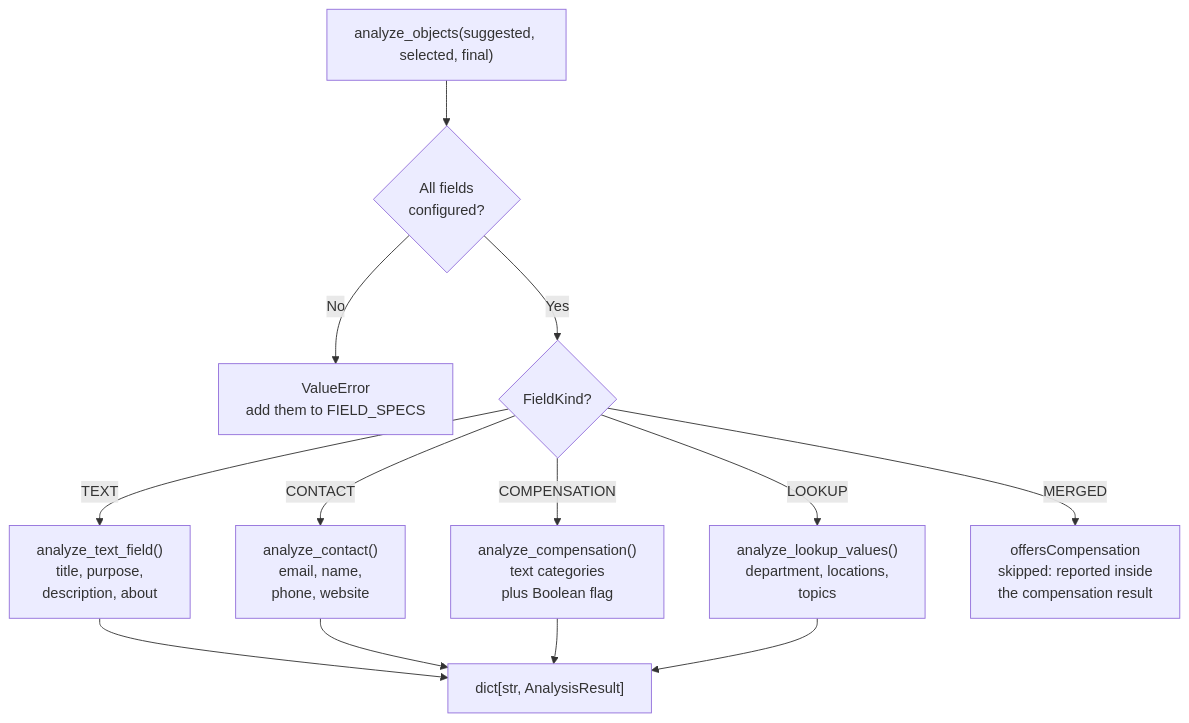
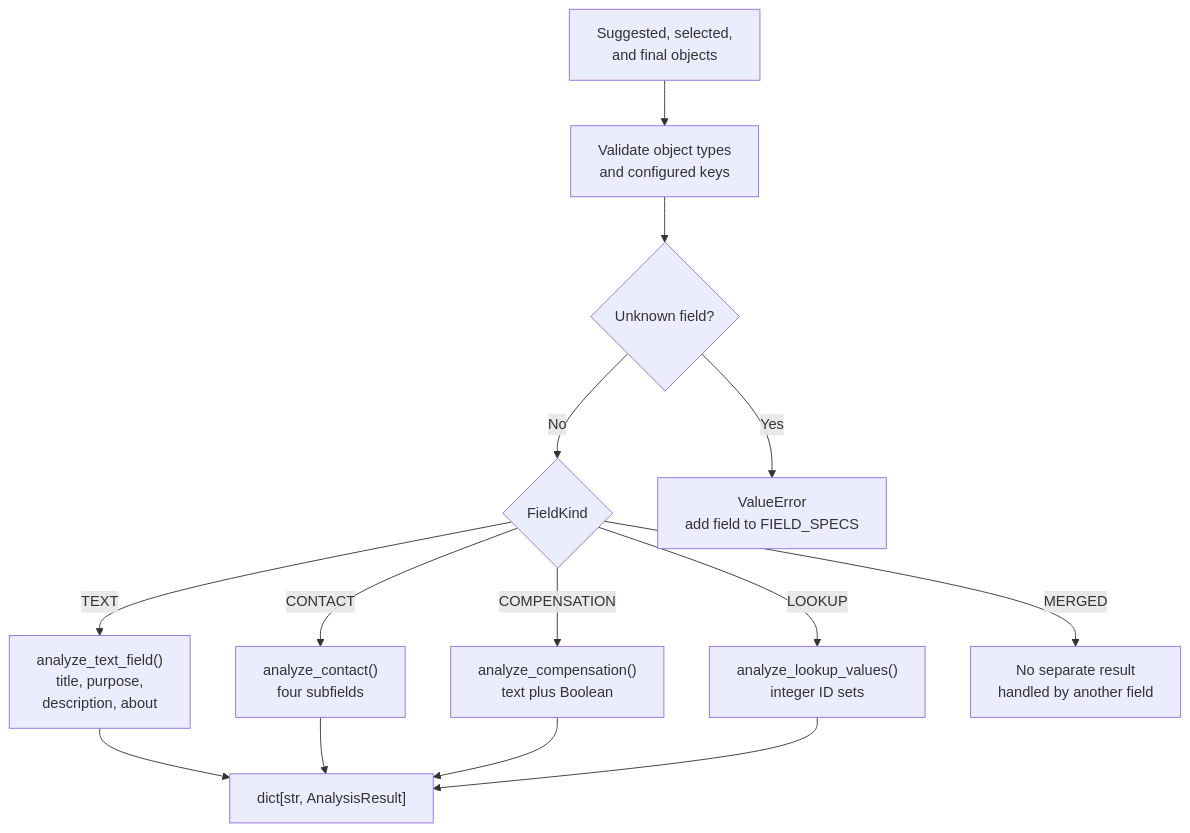
One commit to umich-michr/michr-scripts changed the third of 10 diagrams in python/packages/study-posting-ai-analysis/docs/program-flow.md. Above: the diagram before and after it, drawn with Mermaid. The commit also changed other lines of this file and 20 other files, not shown here.

````diff
--- a/python/packages/study-posting-ai-analysis/docs/program-flow.md
+++ b/python/packages/study-posting-ai-analysis/docs/program-flow.md
@@ -84,20 +109,22 @@
 ```mermaid
 flowchart TB
-    ORCH["analyze_objects(suggested, selected, final)"]
-    CHECK{"All fields<br/>configured?"}
+    INPUTS["Suggested, selected,<br/>and final objects"]
+    VALIDATE["Validate object types<br/>and configured keys"]
+    UNKNOWN{"Unknown field?"}
+    KIND{"FieldKind"}
 
-    ORCH --> CHECK
-    CHECK -->|No| ERROR["ValueError<br/>add them to FIELD_SPECS"]
-    CHECK -->|Yes| KIND{"FieldKind?"}
+    INPUTS --> VALIDATE --> UNKNOWN
+    UNKNOWN -->|Yes| ERROR["ValueError<br/>add field to FIELD_SPECS"]
+    UNKNOWN -->|No| KIND
 
     KIND -->|TEXT| TEXT["analyze_text_field()<br/>title, purpose,<br/>description, about"]
-    KIND -->|CONTACT| CONTACT["analyze_contact()<br/>email, name,<br/>phone, website"]
-    KIND -->|COMPENSATION| COMP["analyze_compensation()<br/>text categories<br/>plus Boolean flag"]
-    KIND -->|LOOKUP| LOOKUP["analyze_lookup_values()<br/>department, locations,<br/>topics"]
-    KIND -->|MERGED| MERGED["offersCompensation<br/>skipped: reported inside<br/>the compensation result"]
+    KIND -->|CONTACT| CONTACT["analyze_contact()<br/>four subfields"]
+    KIND -->|COMPENSATION| COMP["analyze_compensation()<br/>text plus Boolean"]
+    KIND -->|LOOKUP| LOOKUP["analyze_lookup_values()<br/>integer ID sets"]
+    KIND -->|MERGED| MERGED["No separate result<br/>handled by another field"]
 
     TEXT --> RESULTS["dict[str, AnalysisResult]"]
     CONTACT --> RESULTS
     COMP --> RESULTS
     LOOKUP --> RESULTS
 ```
````
